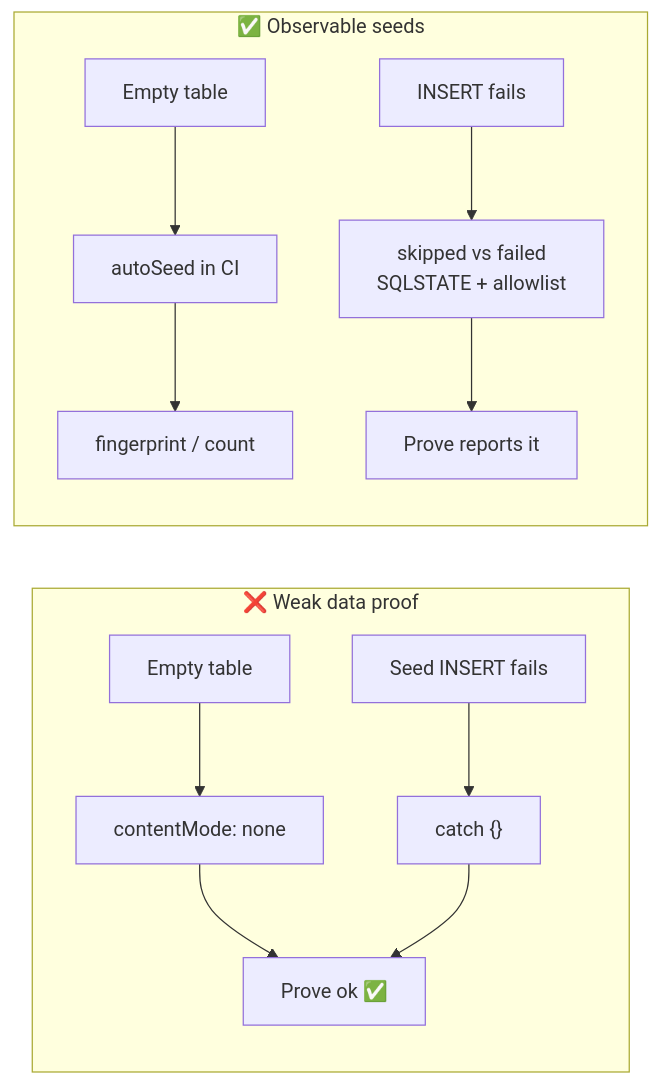
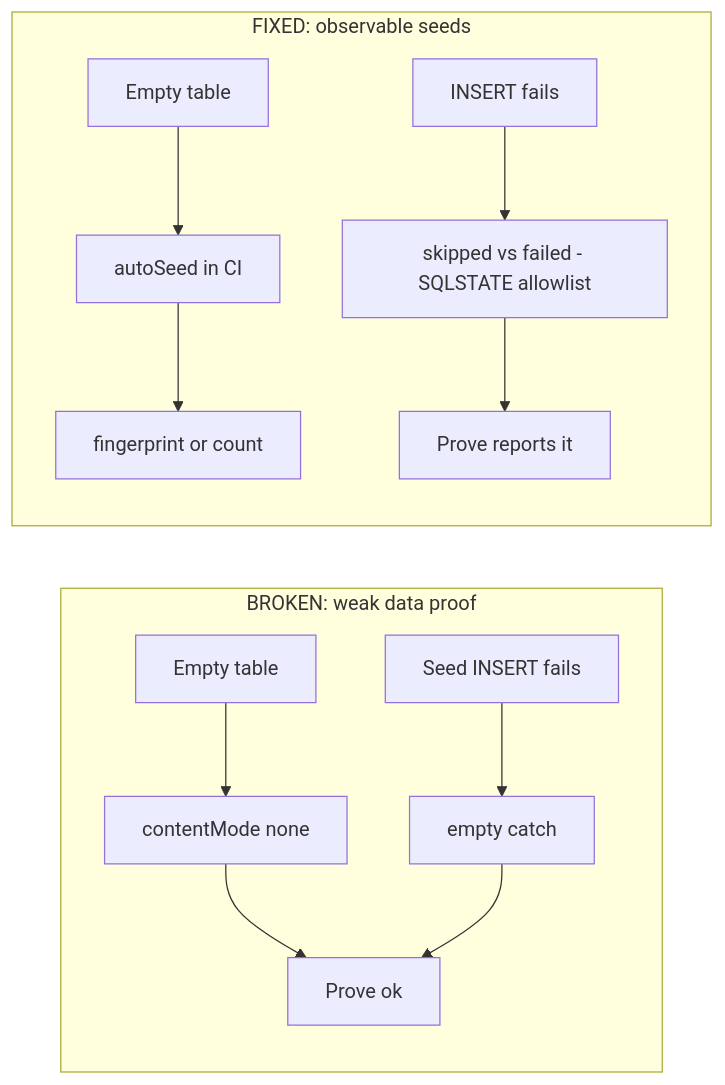
One commit to 7ttp/pg-toolbelt changed the fifth of 11 diagrams in docs/roadmap/agent-tracks/OVERVIEW.md. Above: the diagram before and after it, drawn with Mermaid. The commit also changed other lines of this file and 2 other files, not shown here.

````diff
--- a/docs/roadmap/agent-tracks/OVERVIEW.md
+++ b/docs/roadmap/agent-tracks/OVERVIEW.md
@@ -209,16 +220,16 @@
 ```mermaid
 flowchart LR
-  subgraph before_p3 ["❌ Weak data proof"]
-    T1[Empty table] --> M1["contentMode: none"]
-    M1 --> OK1[Prove ok ✅]
-    S1[Seed INSERT fails] --> C1["catch {}"]
+  subgraph before_p3 [BROKEN: weak data proof]
+    T1[Empty table] --> M1[contentMode none]
+    M1 --> OK1[Prove ok]
+    S1[Seed INSERT fails] --> C1[empty catch]
     C1 --> OK1
   end
 
-  subgraph after_p3 ["✅ Observable seeds"]
+  subgraph after_p3 [FIXED: observable seeds]
     T2[Empty table] --> SEED[autoSeed in CI]
-    SEED --> M2[fingerprint / count]
-    FAIL[INSERT fails] --> TAX["skipped vs failed<br/>SQLSTATE + allowlist"]
+    SEED --> M2[fingerprint or count]
+    FAIL[INSERT fails] --> TAX[skipped vs failed - SQLSTATE allowlist]
     TAX --> REPORT[Prove reports it]
   end
 ```
````
